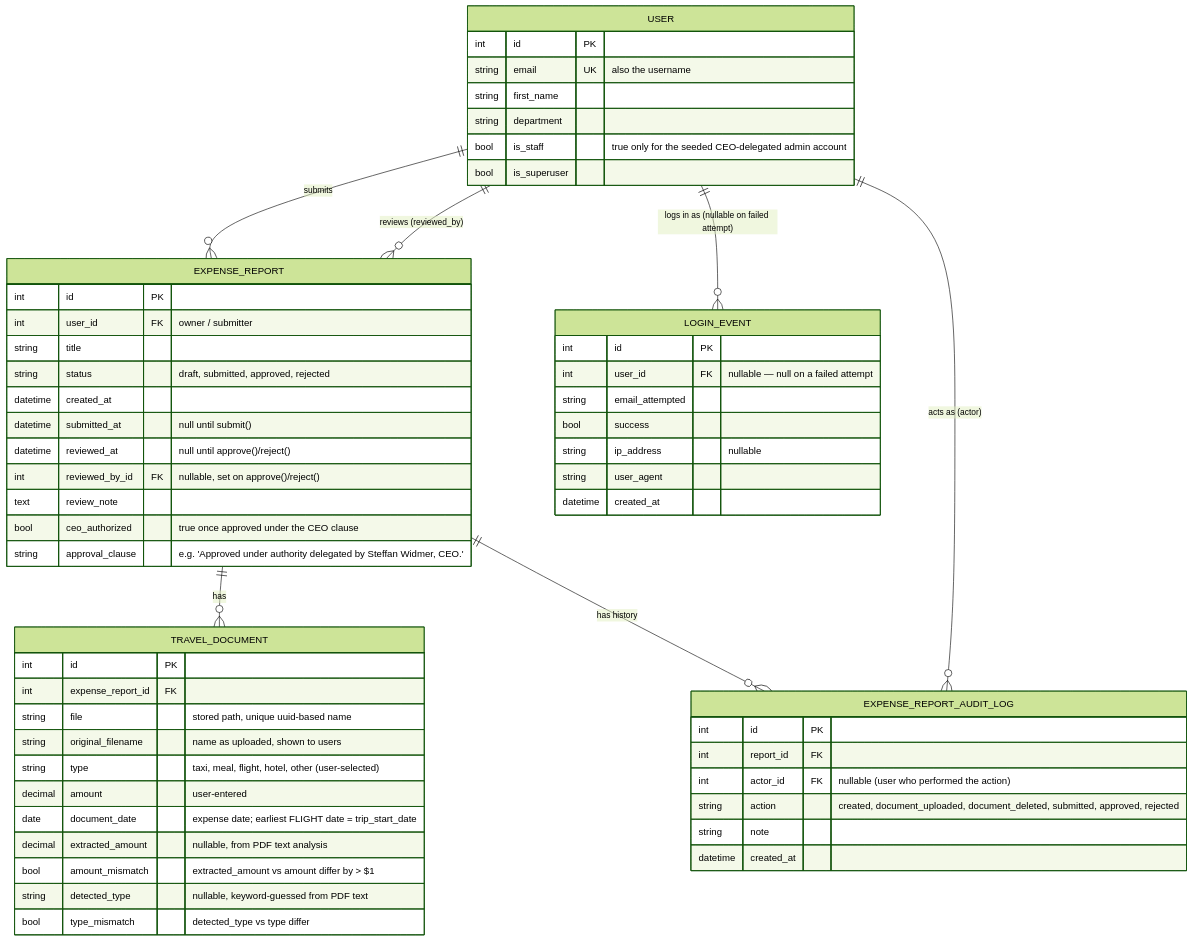
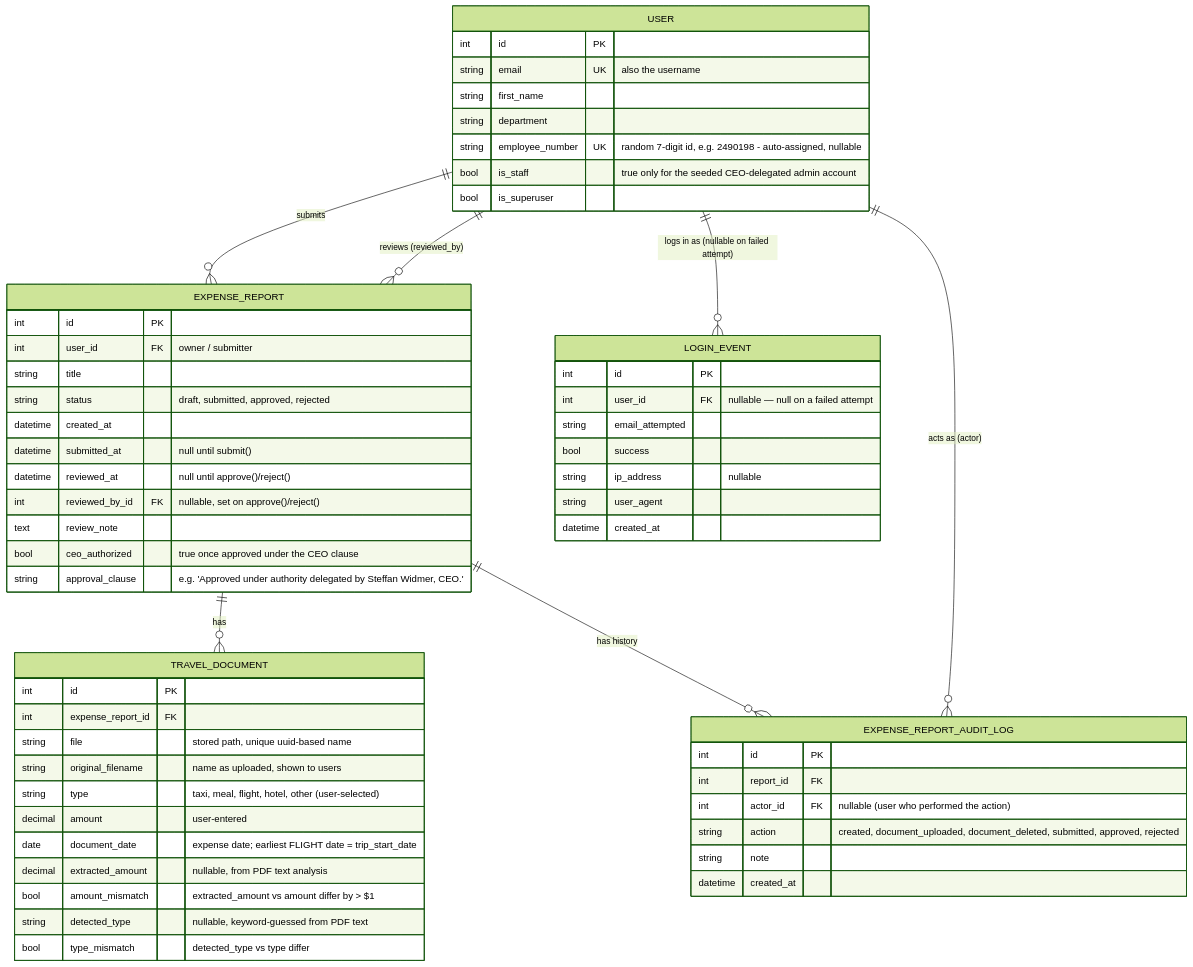
One commit to axelvalenzuela/Claude-Dev changed the diagram in lab2/docs/DATA_MODEL.md. Above: the diagram before and after it, drawn with Mermaid (forest theme). The commit also changed other lines of this file and 18 other files, not shown here.

````diff
--- a/lab2/docs/DATA_MODEL.md
+++ b/lab2/docs/DATA_MODEL.md
@@ -9,65 +9,66 @@
 ```mermaid
 erDiagram
     USER ||--o{ EXPENSE_REPORT : "submits"
     USER ||--o{ EXPENSE_REPORT : "reviews (reviewed_by)"
     USER ||--o{ LOGIN_EVENT : "logs in as (nullable on failed attempt)"
     USER ||--o{ EXPENSE_REPORT_AUDIT_LOG : "acts as (actor)"
     EXPENSE_REPORT ||--o{ TRAVEL_DOCUMENT : "has"
     EXPENSE_REPORT ||--o{ EXPENSE_REPORT_AUDIT_LOG : "has history"
 
     USER {
         int id PK
         string email UK "also the username"
         string first_name
         string department
+        string employee_number UK "random 7-digit id, e.g. 2490198 - auto-assigned, nullable"
         bool is_staff "true only for the seeded CEO-delegated admin account"
         bool is_superuser
     }
 
     EXPENSE_REPORT {
         int id PK
         int user_id FK "owner / submitter"
         string title
         string status "draft, submitted, approved, rejected"
         datetime created_at
         datetime submitted_at "null until submit()"
         datetime reviewed_at "null until approve()/reject()"
         int reviewed_by_id FK "nullable, set on approve()/reject()"
         text review_note
         bool ceo_authorized "true once approved under the CEO clause"
         string approval_clause "e.g. 'Approved under authority delegated by Steffan Widmer, CEO.'"
     }
 
     TRAVEL_DOCUMENT {
         int id PK
         int expense_report_id FK
         string file "stored path, unique uuid-based name"
         string original_filename "name as uploaded, shown to users"
         string type "taxi, meal, flight, hotel, other (user-selected)"
         decimal amount "user-entered"
         date document_date "expense date; earliest FLIGHT date = trip_start_date"
         decimal extracted_amount "nullable, from PDF text analysis"
         bool amount_mismatch "extracted_amount vs amount differ by > $1"
         string detected_type "nullable, keyword-guessed from PDF text"
         bool type_mismatch "detected_type vs type differ"
     }
 
     EXPENSE_REPORT_AUDIT_LOG {
         int id PK
         int report_id FK
         int actor_id FK "nullable (user who performed the action)"
         string action "created, document_uploaded, document_deleted, submitted, approved, rejected"
         string note
         datetime created_at
     }
 
     LOGIN_EVENT {
         int id PK
         int user_id FK "nullable — null on a failed attempt"
         string email_attempted
         bool success
         string ip_address "nullable"
         string user_agent
         datetime created_at
     }
 ```
````
